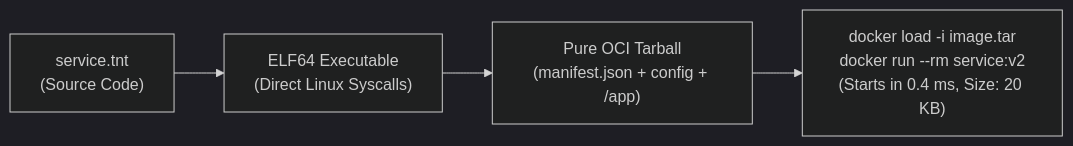
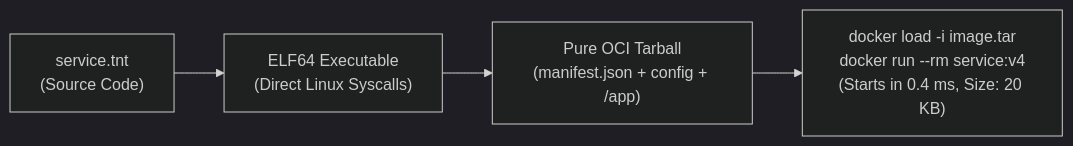
One commit to kicode01/blackmamba-lang changed the third of 3 diagrams in README.md. Above: the diagram before and after it, drawn with Mermaid (dark theme). The commit also changed other lines of this file and 1 other file, not shown here.

````diff
--- a/README.md
+++ b/README.md
@@ -200,6 +278,6 @@
 ```mermaid
 flowchart LR
     SRC["service.tnt\n(Source Code)"] --> ELF["ELF64 Executable\n(Direct Linux Syscalls)"]
     ELF --> OCI["Pure OCI Tarball\n(manifest.json + config + /app)"]
-    OCI --> RUN["docker load -i image.tar\ndocker run --rm service:v2\n(Starts in 0.4 ms, Size: 20 KB)"]
+    OCI --> RUN["docker load -i image.tar\ndocker run --rm service:v4\n(Starts in 0.4 ms, Size: 20 KB)"]
 ```
````
